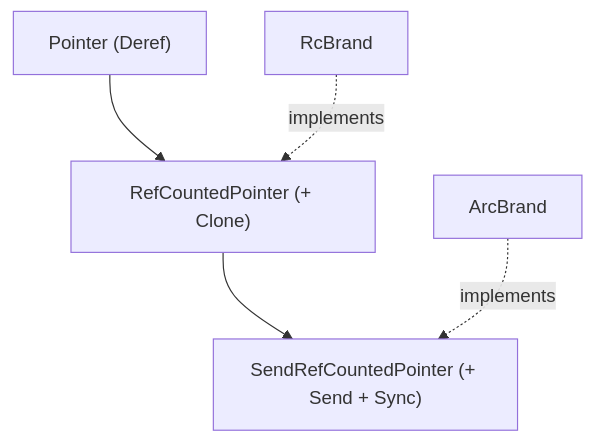
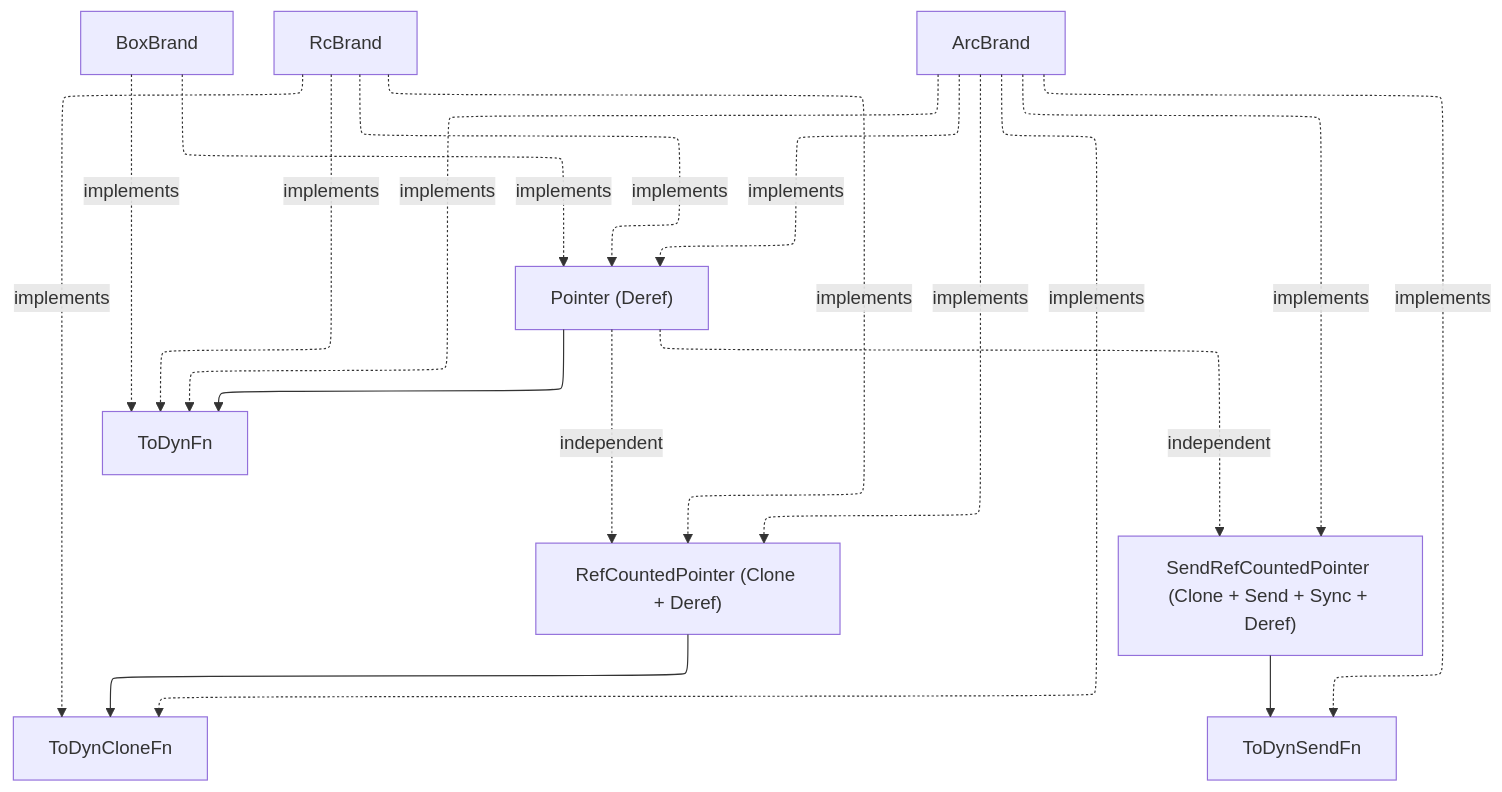
One commit to nothingnesses/rust-fp-library changed the diagram in fp-library/docs/pointer-abstraction.md. Above: the diagram before and after it, drawn with Mermaid. The commit also changed other lines of this file and 225 other files, not shown here.

````diff
--- a/fp-library/docs/pointer-abstraction.md
+++ b/fp-library/docs/pointer-abstraction.md
@@ -7,7 +9,24 @@
 ```mermaid
+---
+config:
+  layout: elk
+---
 graph TD
-    Pointer["Pointer (Deref)"] --> RefCountedPointer["RefCountedPointer (+ Clone)"]
-    RefCountedPointer --> SendRefCountedPointer["SendRefCountedPointer (+ Send + Sync)"]
+    Pointer["Pointer (Deref)"] -.independent.-> RefCountedPointer["RefCountedPointer (Clone + Deref)"]
+    Pointer -.independent.-> SendRefCountedPointer["SendRefCountedPointer (Clone + Send + Sync + Deref)"]
+    RefCountedPointer --> ToDynCloneFn["ToDynCloneFn"]
+    SendRefCountedPointer --> ToDynSendFn["ToDynSendFn"]
+    Pointer --> ToDynFn["ToDynFn"]
+    BoxBrand -.implements.-> Pointer
+    BoxBrand -.implements.-> ToDynFn
+    RcBrand -.implements.-> Pointer
     RcBrand -.implements.-> RefCountedPointer
+    RcBrand -.implements.-> ToDynFn
+    RcBrand -.implements.-> ToDynCloneFn
+    ArcBrand -.implements.-> Pointer
+    ArcBrand -.implements.-> RefCountedPointer
     ArcBrand -.implements.-> SendRefCountedPointer
+    ArcBrand -.implements.-> ToDynFn
+    ArcBrand -.implements.-> ToDynCloneFn
+    ArcBrand -.implements.-> ToDynSendFn
 ```
````
